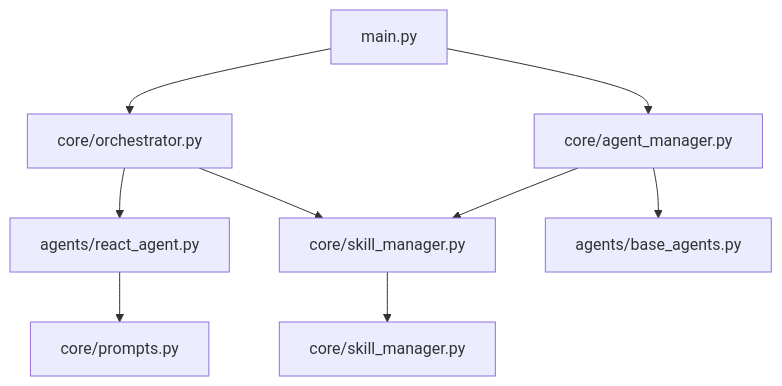
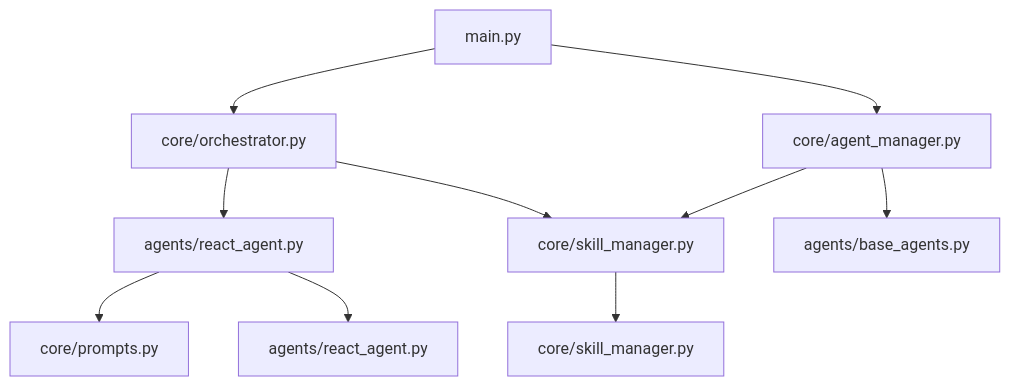
Before and after one commit to zhangdahai112/LocalManus: diagram 12 of 14 in .qoder/repowiki/zh/content/智能体系统/ReAct 智能体/ReAct智能体流式增强.md, drawn with Mermaid. The commit also changed other lines of this file and 4 other files, not shown here.

````diff
--- a/.qoder/repowiki/zh/content/智能体系统/ReAct 智能体/ReAct智能体流式增强.md
+++ b/.qoder/repowiki/zh/content/智能体系统/ReAct 智能体/ReAct智能体流式增强.md
@@ -510,11 +575,12 @@
 ```mermaid
 graph TD
 Main[main.py] --> Orchestrator[core/orchestrator.py]
 Main --> AgentManager[core/agent_manager.py]
 Orchestrator --> ReactAgent[agents/react_agent.py]
 Orchestrator --> SkillManager[core/skill_manager.py]
 ReactAgent --> Prompts[core/prompts.py]
+ReactAgent --> SimpleTokenCounter[agents/react_agent.py]
 AgentManager --> BaseAgents[agents/base_agents.py]
 AgentManager --> SkillManager
 SkillManager --> UserContextToolkit[core/skill_manager.py]
 ```
````
